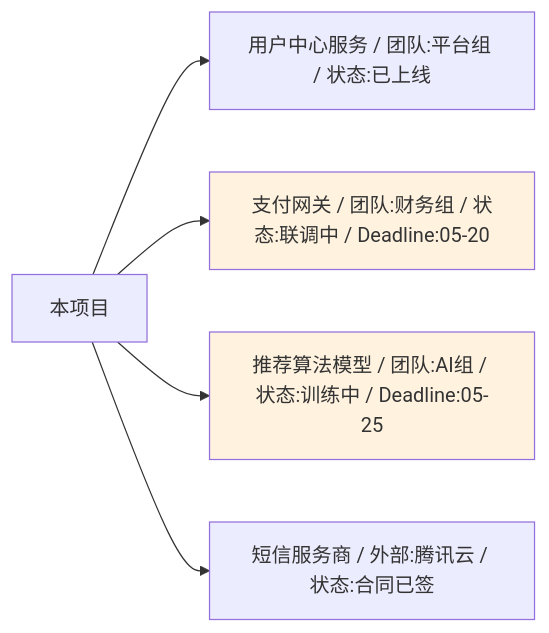
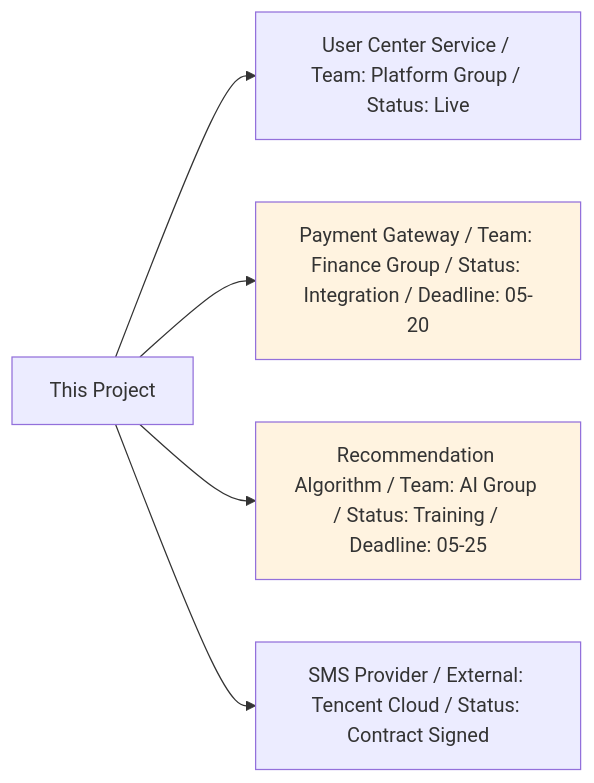
One commit to Kirky-X/cangjie changed diagram 12 of 12 in templates/产品/产品层/【模板】产品需求文档.md. Above: the diagram before and after it, drawn with Mermaid. The commit also changed other lines of this file and 46 other files, not shown here.

````diff
--- a/templates/产品/产品层/【模板】产品需求文档.md
+++ b/templates/产品/产品层/【模板】产品需求文档.md
@@ -631,10 +631,10 @@
 ```mermaid
 graph LR
-    A[本项目] --> B[用户中心服务 / 团队:平台组 / 状态:已上线]
-    A --> C[支付网关 / 团队:财务组 / 状态:联调中 / Deadline:05-20]
-    A --> D[推荐算法模型 / 团队:AI组 / 状态:训练中 / Deadline:05-25]
-    A --> E[短信服务商 / 外部:腾讯云 / 状态:合同已签]
+    A[This Project] --> B[User Center Service / Team: Platform Group / Status: Live]
+    A --> C[Payment Gateway / Team: Finance Group / Status: Integration / Deadline: 05-20]
+    A --> D[Recommendation Algorithm / Team: AI Group / Status: Training / Deadline: 05-25]
+    A --> E[SMS Provider / External: Tencent Cloud / Status: Contract Signed]
 
     style C fill:#fff3e0
     style D fill:#fff3e0
 ```
````
